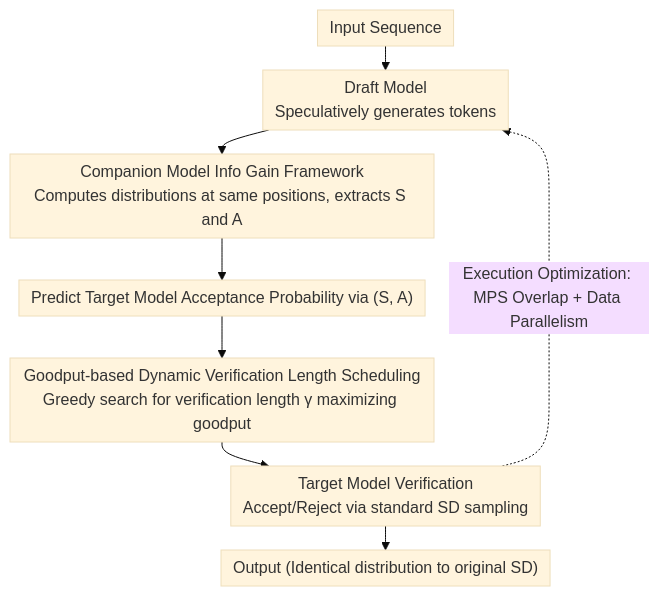
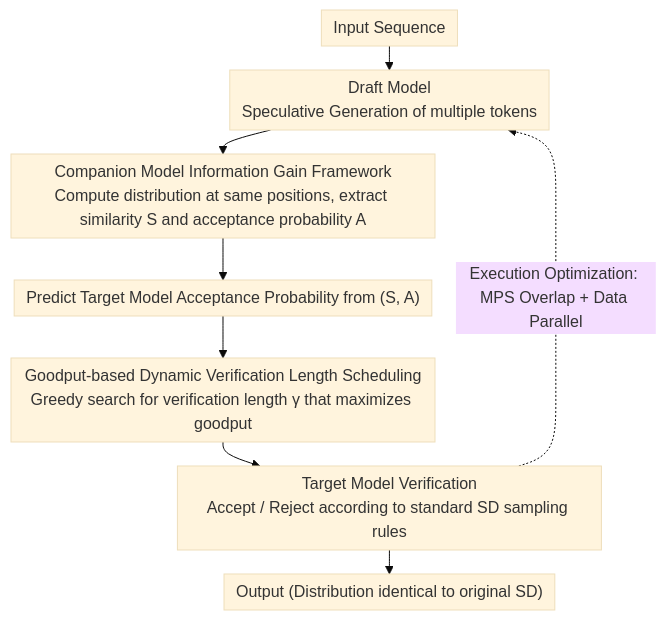
The diagram in docs/ACL2026/llm_efficiency/speculative_verification_exploiting_information_gain_to_refine_speculative_decod.md (zhaoyang97/Paper-Notes-en), drawn with Mermaid (base theme) before and after one commit. The commit also changed other lines of this file and 5084 other files, not shown here.

````diff
--- a/docs/ACL2026/llm_efficiency/speculative_verification_exploiting_information_gain_to_refine_speculative_decod.md
+++ b/docs/ACL2026/llm_efficiency/speculative_verification_exploiting_information_gain_to_refine_speculative_decod.md
@@ -45,11 +45,11 @@
 ```mermaid
 %%{init: {'flowchart': {'rankSpacing': 24, 'nodeSpacing': 28, 'padding': 6, 'wrappingWidth': 400}}}%%
 flowchart TD
-    A["Input Sequence"] --> B["Draft Model<br/>Speculatively generates tokens"]
-    B --> C["Companion Model Info Gain Framework<br/>Computes distributions at same positions, extracts S and A"]
-    C --> D["Predict Target Model Acceptance Probability via (S, A)"]
-    D --> E["Goodput-based Dynamic Verification Length Scheduling<br/>Greedy search for verification length γ maximizing goodput"]
-    E --> F["Target Model Verification<br/>Accept/Reject via standard SD sampling"]
-    F --> G["Output (Identical distribution to original SD)"]
-    F -.->|"Execution Optimization: MPS Overlap + Data Parallelism"| B
+    A["Input Sequence"] --> B["Draft Model<br/>Speculative Generation of multiple tokens"]
+    B --> C["Companion Model Information Gain Framework<br/>Compute distribution at same positions, extract similarity S and acceptance probability A"]
+    C --> D["Predict Target Model Acceptance Probability from (S, A)"]
+    D --> E["Goodput-based Dynamic Verification Length Scheduling<br/>Greedy search for verification length γ that maximizes goodput"]
+    E --> F["Target Model Verification<br/>Accept / Reject according to standard SD sampling rules"]
+    F --> G["Output (Distribution identical to original SD)"]
+    F -.->|"Execution Optimization: MPS Overlap + Data Parallel"| B
 ```
````
